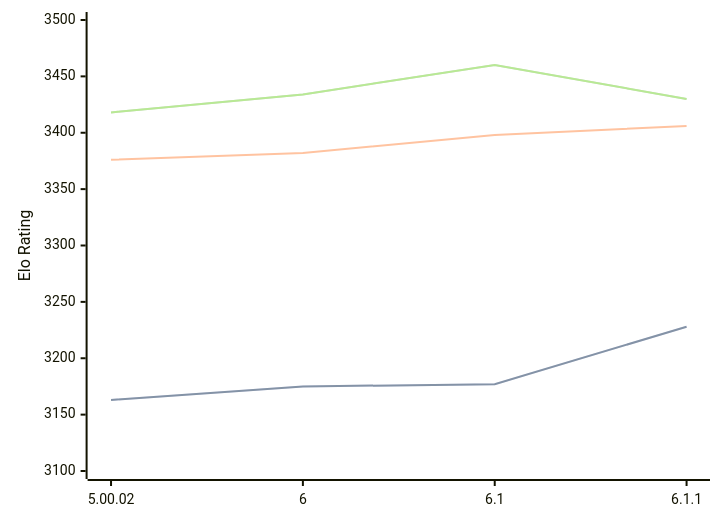
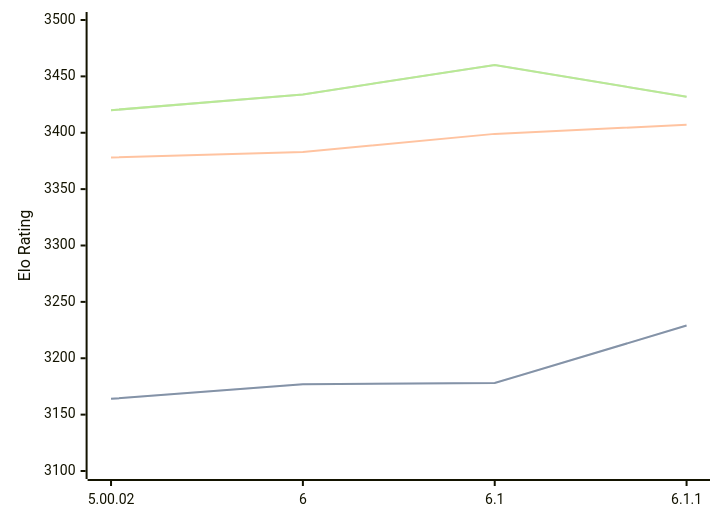
One commit to computer-chess-index/cci changed the diagram in engines/Zangdar.md. Above: the diagram before and after it, drawn with Mermaid. The commit also changed other lines of this file, not shown here.

Commit message:
Update CCI Ratings (ELO VLTC) - 2026-04-13

````diff
--- a/engines/Zangdar.md
+++ b/engines/Zangdar.md
@@ -46,11 +46,11 @@
 ```mermaid
 %%{init: {"theme":"base","themeVariables":{"seriesColors:['#a3a3a3','#222221','#faa371']}}}%%
 xychart-beta
   x-axis ["5.00.02", "6", "6.1", "6.1.1"]
   y-axis "Elo Rating" 3100 --> 3500
-  line "STC (8.0+0.08s)" [3163, 3175, 3177, 3228]
-  line "STC (8.0+0.08s)" [3163, 3175, 3177, 3228]
-  line "LTC (60.0+0.60s)" [3376, 3382, 3398, 3406]
-  line "VLTC (2m24s+1.12s)" [3418, 3434, 3460, 3430]
-  line "VLTC (2m24s+1.12s)" [3418, 3434, 3460, 3430]
+  line "STC (8.0+0.08s)" [3164, 3177, 3178, 3229]
+  line "STC (8.0+0.08s)" [3164, 3177, 3178, 3229]
+  line "LTC (60.0+0.60s)" [3378, 3383, 3399, 3407]
+  line "VLTC (2m24s+1.12s)" [3420, 3434, 3460, 3432]
+  line "VLTC (2m24s+1.12s)" [3420, 3434, 3460, 3432]
 ```
````
